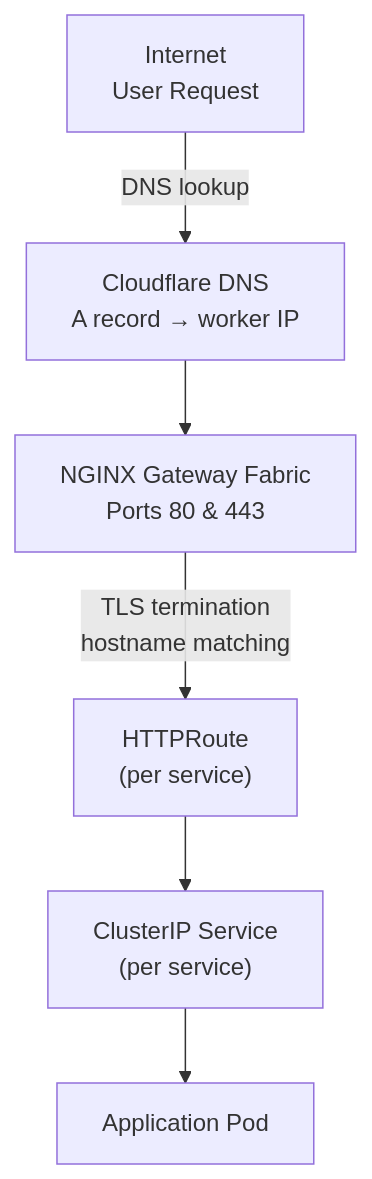
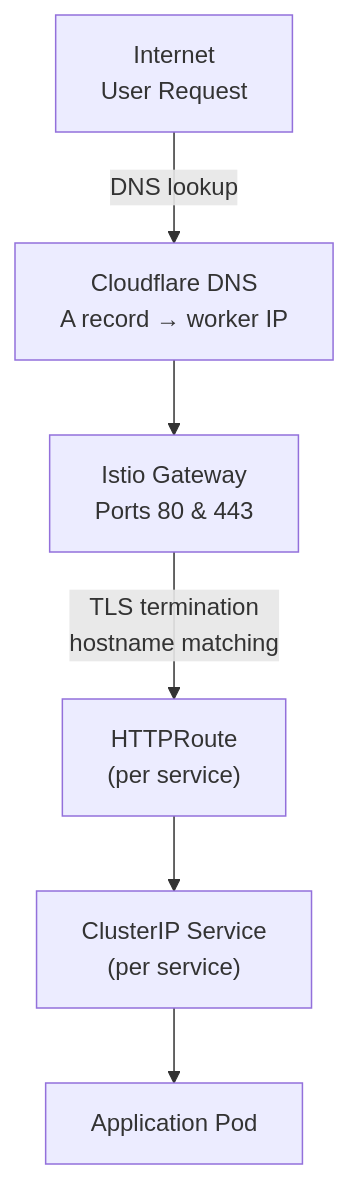
Before and after one commit to Murad-Suleymanov/BasePlate: the first of 2 diagrams in docs/architecture/networking.md, drawn with Mermaid. The commit also changed other lines of this file and 17 other files, not shown here.

Commit message:
change ngf to istio gateway

````diff
--- a/docs/architecture/networking.md
+++ b/docs/architecture/networking.md
@@ -7,8 +7,8 @@
 ```mermaid
 flowchart TB
     Internet["Internet<br/>User Request"] -->|"DNS lookup"| CF["Cloudflare DNS<br/>A record → worker IP"]
-    CF --> GW["NGINX Gateway Fabric<br/>Ports 80 & 443"]
+    CF --> GW["Istio Gateway<br/>Ports 80 & 443"]
     GW -->|"TLS termination<br/>hostname matching"| Route["HTTPRoute<br/>(per service)"]
     Route --> Svc["ClusterIP Service<br/>(per service)"]
     Svc --> Pod["Application Pod"]
 ```
````
